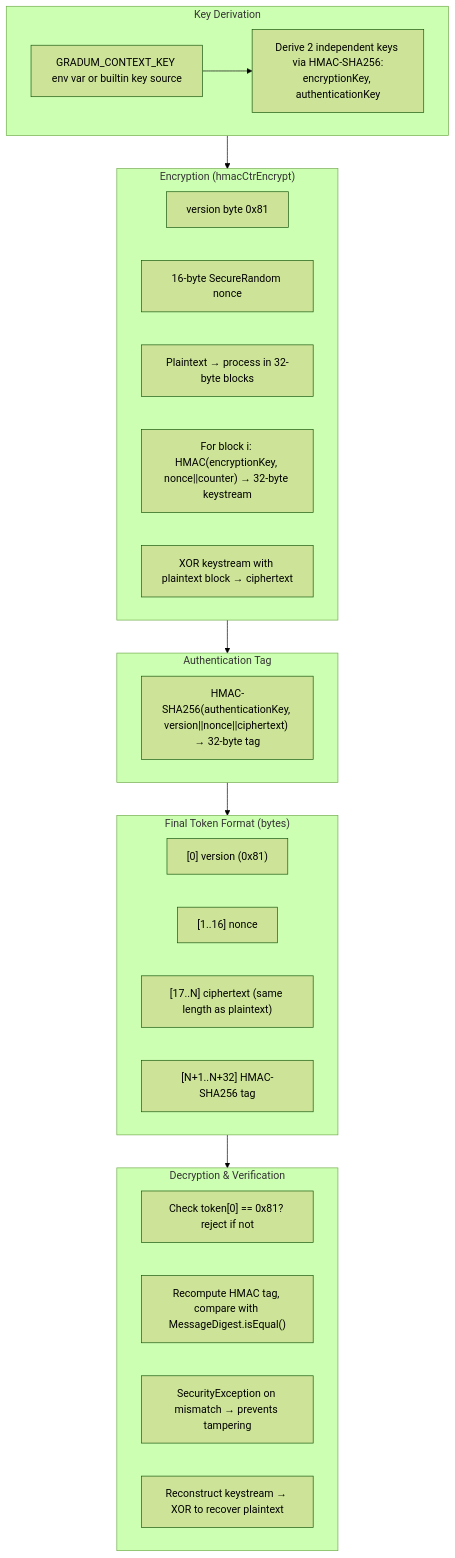
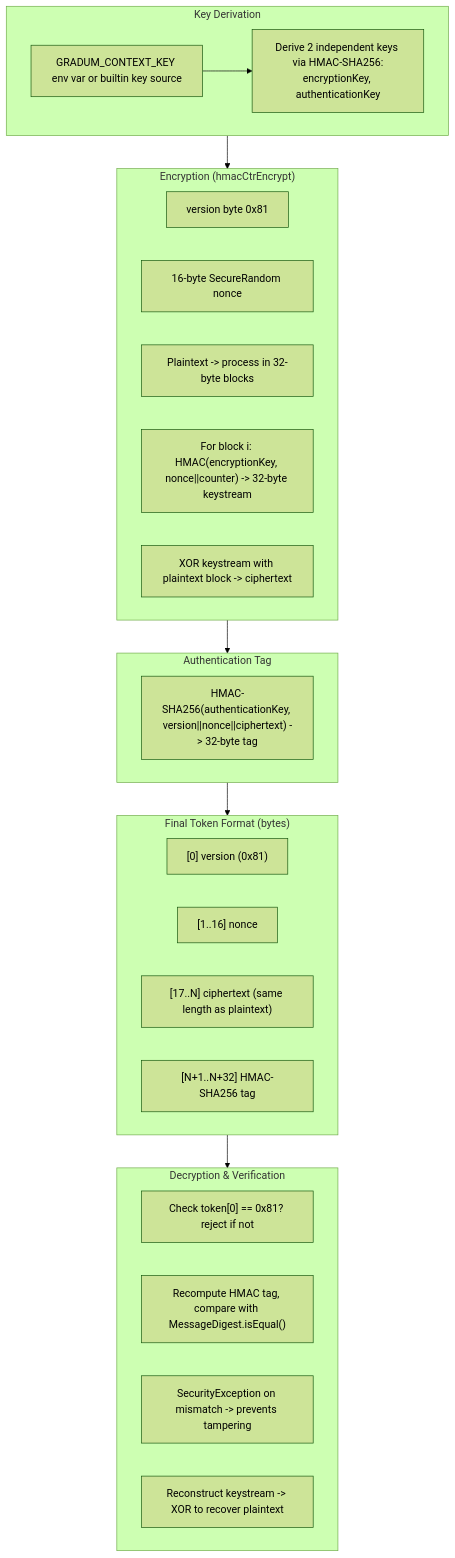
Before and after one commit to lg841226/Gradum: the ninth of 31 diagrams in docs/ARCHITECTURE.md, drawn with Mermaid (forest theme). The commit also changed other lines of this file and 54 other files, not shown here.

````diff
--- a/docs/ARCHITECTURE.md
+++ b/docs/ARCHITECTURE.md
@@ -690,39 +692,39 @@
 ```mermaid
 flowchart TD
     subgraph KEY["Key Derivation"]
         K1["GRADUM_CONTEXT_KEY env var or builtin key source"]
         K2["Derive 2 independent keys via HMAC-SHA256:<br/>encryptionKey, authenticationKey"]
         K1 --> K2
     end
 
     subgraph ENCRYPT["Encryption (hmacCtrEncrypt)"]
         V["version byte 0x81"]
         N["16-byte SecureRandom nonce"]
-        P["Plaintext → process in 32-byte blocks"]
-        H["For block i: HMAC(encryptionKey, nonce||counter) → 32-byte keystream"]
-        X["XOR keystream with plaintext block → ciphertext"]
+        P["Plaintext -> process in 32-byte blocks"]
+        H["For block i: HMAC(encryptionKey, nonce||counter) -> 32-byte keystream"]
+        X["XOR keystream with plaintext block -> ciphertext"]
     end
 
     subgraph TAG["Authentication Tag"]
-        T["HMAC-SHA256(authenticationKey, version||nonce||ciphertext) → 32-byte tag"]
+        T["HMAC-SHA256(authenticationKey, version||nonce||ciphertext) -> 32-byte tag"]
     end
 
     subgraph FORMAT["Final Token Format (bytes)"]
         B0["[0] version (0x81)"]
         B1["[1..16] nonce"]
         B2["[17..N] ciphertext (same length as plaintext)"]
         B3["[N+1..N+32] HMAC-SHA256 tag"]
     end
 
     subgraph DECRYPT["Decryption & Verification"]
         D1["Check token[0] == 0x81? reject if not"]
         D2["Recompute HMAC tag, compare with MessageDigest.isEqual()"]
-        D3["SecurityException on mismatch → prevents tampering"]
-        D4["Reconstruct keystream → XOR to recover plaintext"]
+        D3["SecurityException on mismatch -> prevents tampering"]
+        D4["Reconstruct keystream -> XOR to recover plaintext"]
     end
 
     KEY --> ENCRYPT
     ENCRYPT --> TAG
     TAG --> FORMAT
     FORMAT --> DECRYPT
 ```
````
